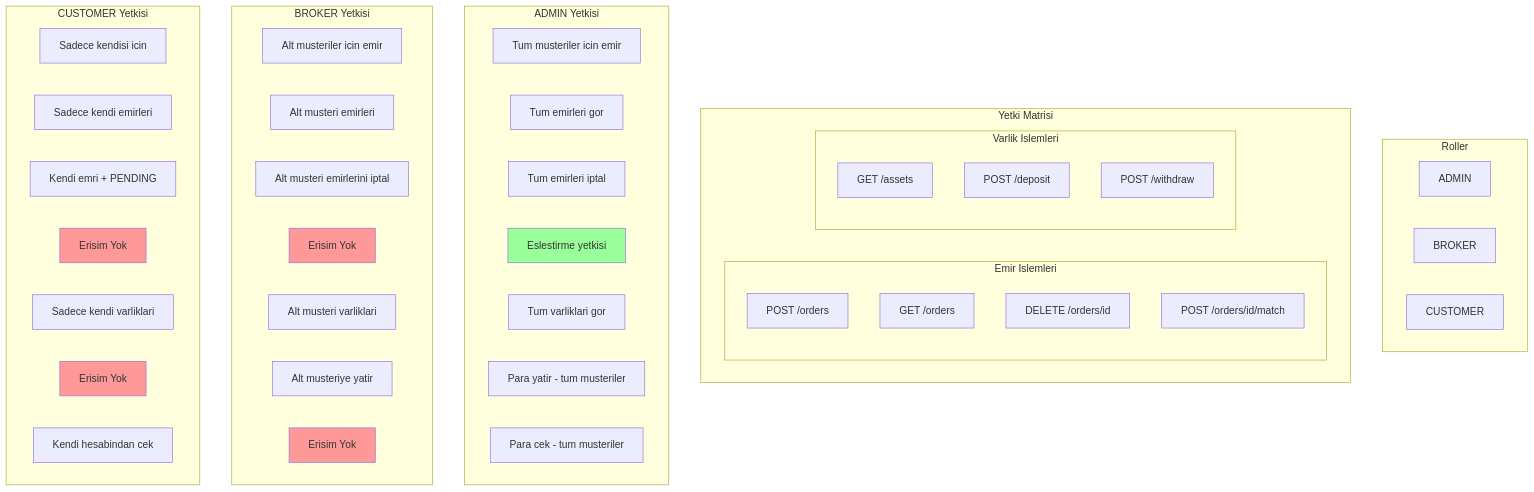
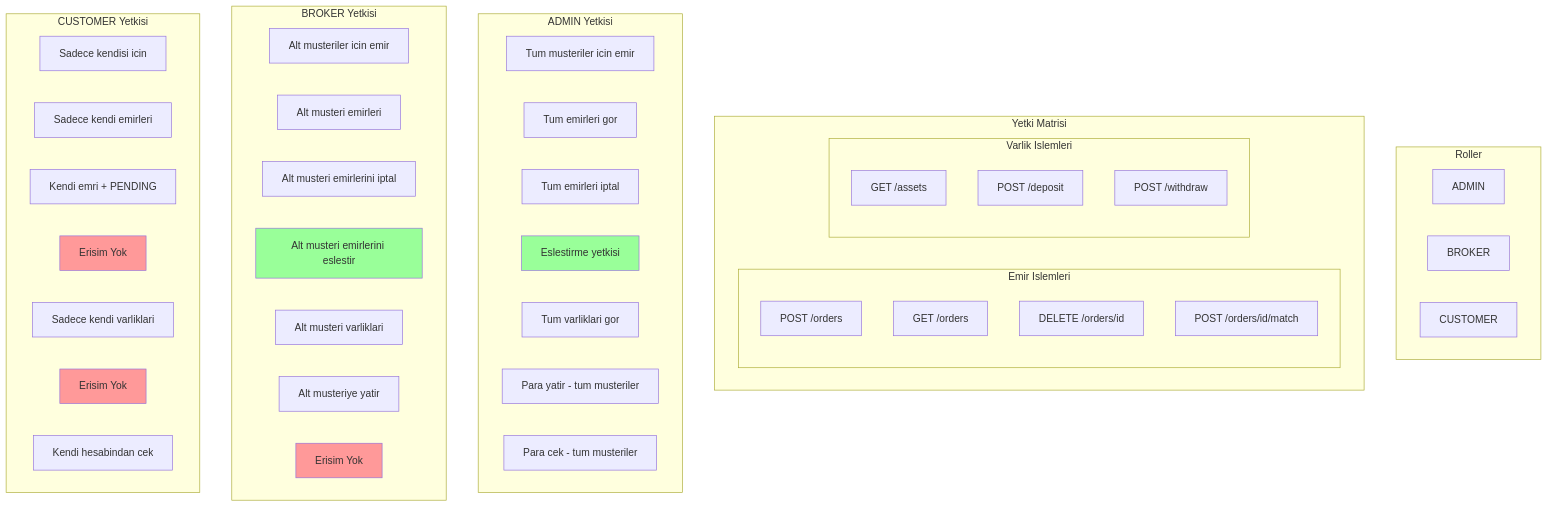
One commit to atillailhankartal/interview-20251222 changed diagram 21 of 29 in docs/tr/05-api-gateway-guvenlik.md. Above: the diagram before and after it, drawn with Mermaid. The commit also changed other lines of this file and 43 other files, not shown here.

````diff
--- a/docs/tr/05-api-gateway-guvenlik.md
+++ b/docs/tr/05-api-gateway-guvenlik.md
@@ -605,60 +649,60 @@
 ```mermaid
 flowchart TB
     subgraph Legend["Roller"]
         direction LR
         L1["ADMIN"]
         L2["BROKER"]
         L3["CUSTOMER"]
     end
 
     subgraph Matrix["Yetki Matrisi"]
         subgraph Orders["Emir Islemleri"]
             O1["POST /orders"]
             O2["GET /orders"]
             O3["DELETE /orders/id"]
             O4["POST /orders/id/match"]
         end
 
         subgraph Assets["Varlik Islemleri"]
             A1["GET /assets"]
             A2["POST /deposit"]
             A3["POST /withdraw"]
         end
     end
 
     subgraph AdminScope["ADMIN Yetkisi"]
         AD1[Tum musteriler icin emir]
         AD2[Tum emirleri gor]
         AD3[Tum emirleri iptal]
         AD4[Eslestirme yetkisi]
         AD5[Tum varliklari gor]
         AD6[Para yatir - tum musteriler]
         AD7[Para cek - tum musteriler]
     end
 
     subgraph BrokerScope["BROKER Yetkisi"]
         BR1[Alt musteriler icin emir]
         BR2[Alt musteri emirleri]
         BR3[Alt musteri emirlerini iptal]
-        BR4[Erisim Yok]
+        BR4[Alt musteri emirlerini eslestir]
         BR5[Alt musteri varliklari]
         BR6[Alt musteriye yatir]
         BR7[Erisim Yok]
     end
 
     subgraph CustomerScope["CUSTOMER Yetkisi"]
         CU1[Sadece kendisi icin]
         CU2[Sadece kendi emirleri]
         CU3[Kendi emri + PENDING]
         CU4[Erisim Yok]
         CU5[Sadece kendi varliklari]
         CU6[Erisim Yok]
         CU7[Kendi hesabindan cek]
     end
 
-    style BR4 fill:#f99
+    style BR4 fill:#9f9
     style BR7 fill:#f99
     style CU4 fill:#f99
     style CU6 fill:#f99
     style AD4 fill:#9f9
 ```
````
